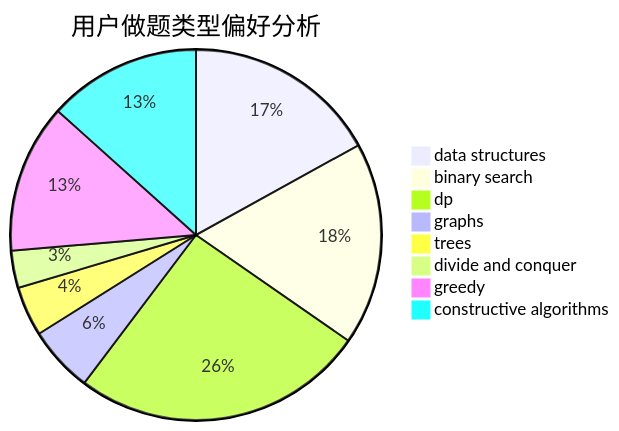
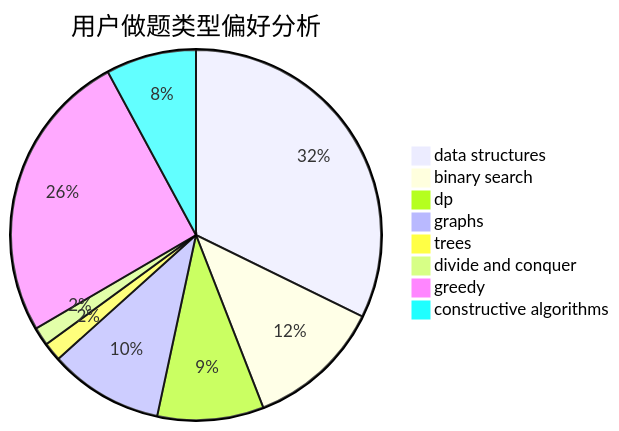
Before and after one commit to sherpahu/cfrs.github.io: the second of 3 diagrams in docs/user/u607.md, drawn with Mermaid. The commit also changed other lines of this file and 2770 other files, not shown here.

````diff
--- a/docs/user/u607.md
+++ b/docs/user/u607.md
@@ -23,11 +23,11 @@
 ```mermaid
 pie title 用户做题类型偏好分析
-    "data structures" :  47
-    "binary search" :  49
-    "dp" :  71
-    "graphs" :  16
-    "trees" :  12
-    "divide and conquer" :  9
-    "greedy" :  36
-    "constructive algorithms" :  37
+    "data structures" :  139
+    "binary search" :  51
+    "dp" :  40
+    "graphs" :  43
+    "trees" :  7
+    "divide and conquer" :  7
+    "greedy" :  110
+    "constructive algorithms" :  34
 ```
````
